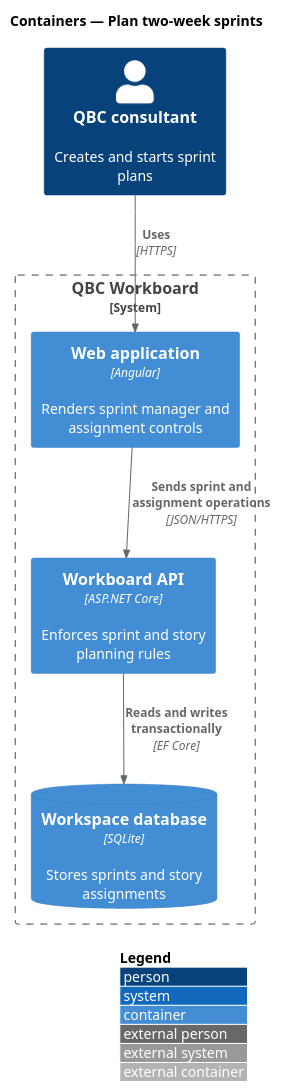
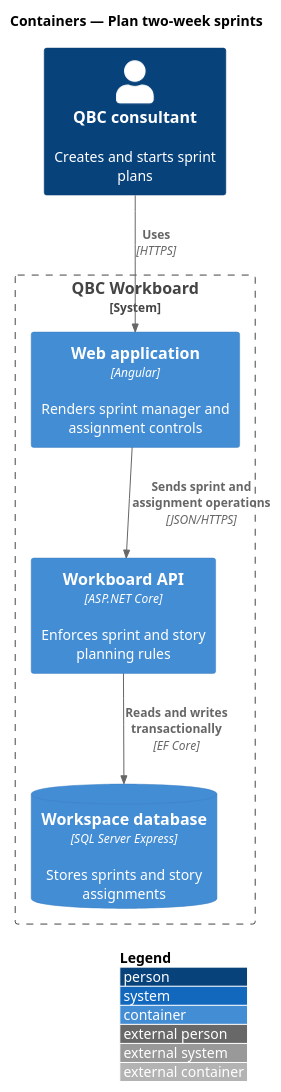
Before and after one commit to QuinntyneBrown/quinntyne-brown-consulting: the diagram in docs/detailed-designs/planning/plan-two-week-sprints/diagrams/c4-container.puml, drawn with PlantUML. The commit also changed 60 other files, not shown here.

```diff
--- a/docs/detailed-designs/planning/plan-two-week-sprints/diagrams/c4-container.puml
+++ b/docs/detailed-designs/planning/plan-two-week-sprints/diagrams/c4-container.puml
@@ -1,16 +1,16 @@
 @startuml
 !include <C4/C4_Container>
 LAYOUT_WITH_LEGEND()
 title Containers — Plan two-week sprints
 
 Person(consultant, "QBC consultant", "Creates and starts sprint plans")
 System_Boundary(workboard, "QBC Workboard") {
   Container(spa, "Web application", "Angular", "Renders sprint manager and assignment controls")
   Container(api, "Workboard API", "ASP.NET Core", "Enforces sprint and story planning rules")
-  ContainerDb(db, "Workspace database", "SQLite", "Stores sprints and story assignments")
+  ContainerDb(db, "Workspace database", "SQL Server Express", "Stores sprints and story assignments")
 }
 
 Rel(consultant, spa, "Uses", "HTTPS")
 Rel(spa, api, "Sends sprint and assignment operations", "JSON/HTTPS")
 Rel(api, db, "Reads and writes transactionally", "EF Core")
 @enduml
```
